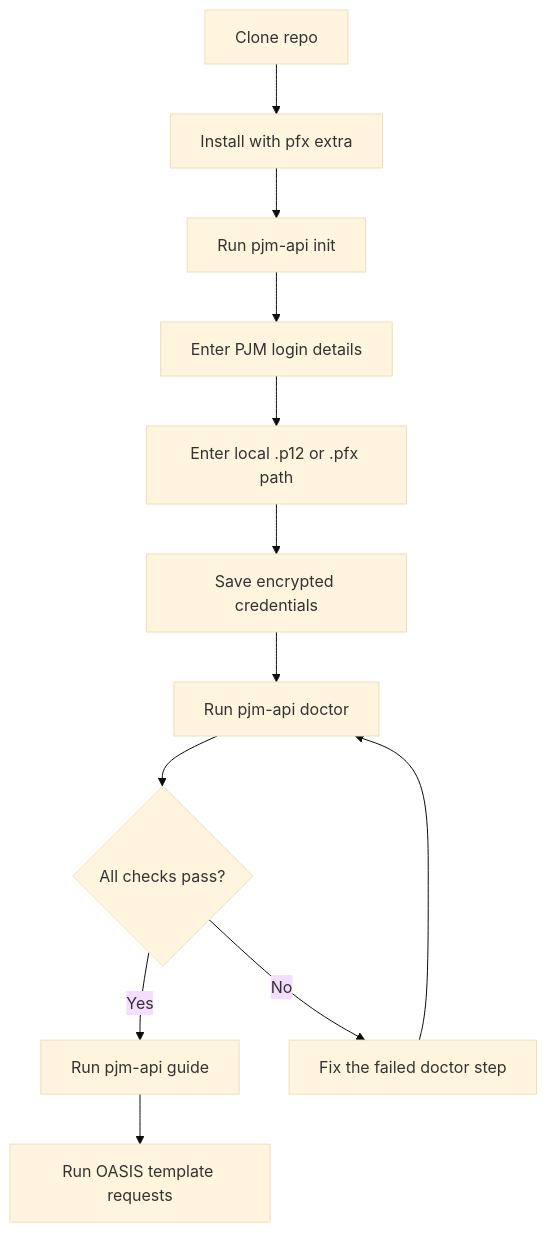
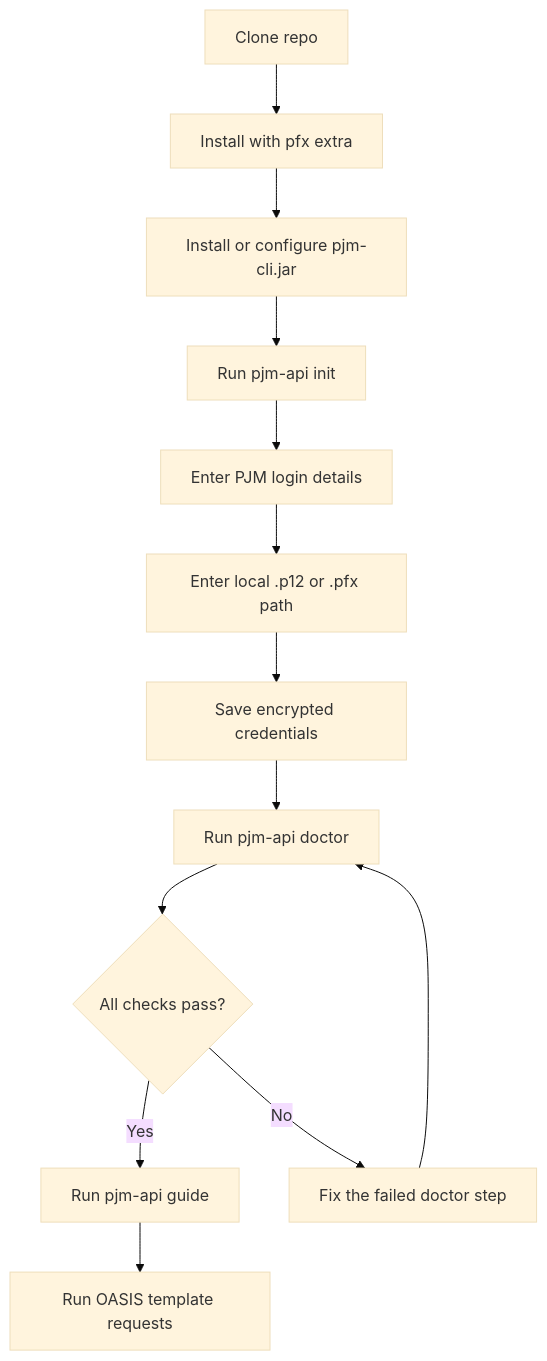
One commit to willschenk/pjm-api changed the first of 3 diagrams in README.md. Above: the diagram before and after it, drawn with Mermaid (base theme). The commit also changed other lines of this file and 7 other files, not shown here.

Commit message:
Document CLI-first PJM workflow

````diff
--- a/README.md
+++ b/README.md
@@ -80,14 +85,15 @@
 ```mermaid
 flowchart TD
     A[Clone repo] --> B[Install with pfx extra]
-    B --> C[Run pjm-api init]
-    C --> D[Enter PJM login details]
-    D --> E[Enter local .p12 or .pfx path]
-    E --> F[Save encrypted credentials]
-    F --> G[Run pjm-api doctor]
-    G --> H{All checks pass?}
-    H -->|Yes| I[Run pjm-api guide]
-    I --> J[Run OASIS template requests]
-    H -->|No| K[Fix the failed doctor step]
-    K --> G
+    B --> C[Install or configure pjm-cli.jar]
+    C --> D[Run pjm-api init]
+    D --> E[Enter PJM login details]
+    E --> F[Enter local .p12 or .pfx path]
+    F --> G[Save encrypted credentials]
+    G --> H[Run pjm-api doctor]
+    H --> I{All checks pass?}
+    I -->|Yes| J[Run pjm-api guide]
+    J --> K[Run OASIS template requests]
+    I -->|No| L[Fix the failed doctor step]
+    L --> H
 ```
````
